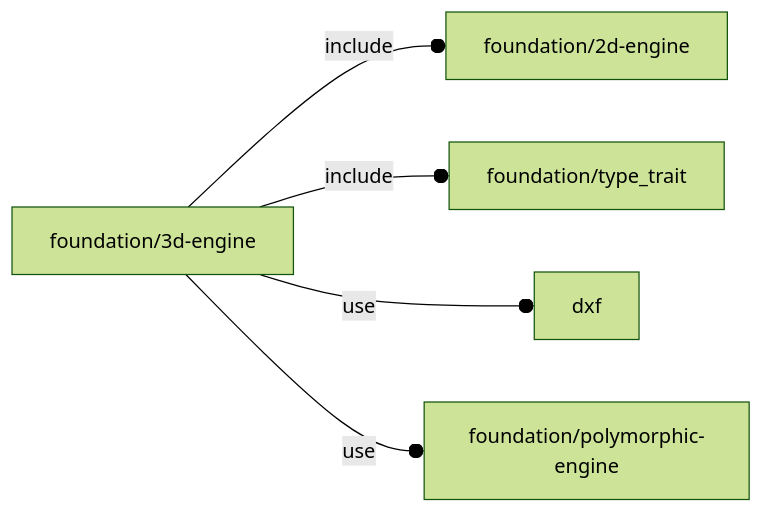
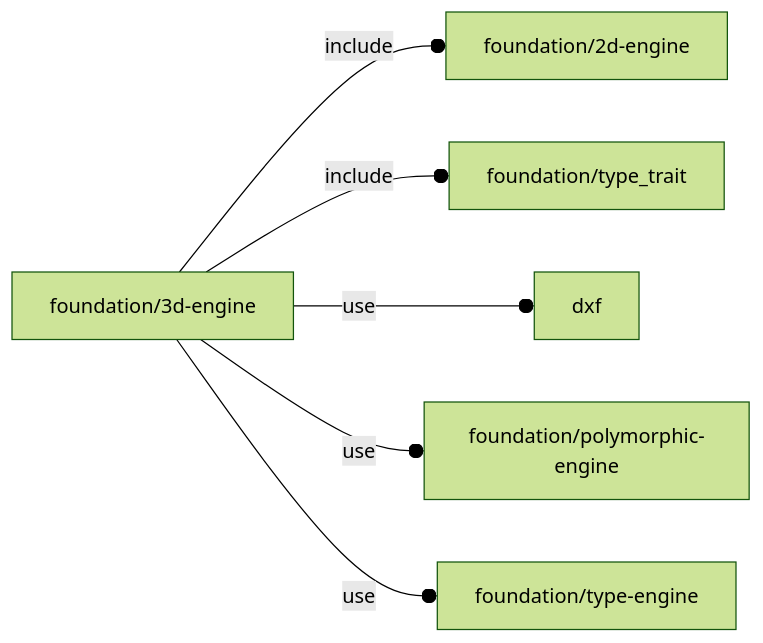
Before and after one commit to ggabbiani/OFL: the diagram in orthodocs/foundation/3d-engine.md, drawn with Mermaid (forest theme). The commit also changed other lines of this file and 12 other files, not shown here.

````diff
--- a/orthodocs/foundation/3d-engine.md
+++ b/orthodocs/foundation/3d-engine.md
@@ -5,7 +5,8 @@
 ```mermaid
 graph LR
     A1[foundation/3d-engine] --o|include| A2[foundation/2d-engine]
     A1 --o|include| A3[foundation/type_trait]
     A1 --o|use| A4[dxf]
     A1 --o|use| A5[foundation/polymorphic-engine]
+    A1 --o|use| A6[foundation/type-engine]
 ```
````
